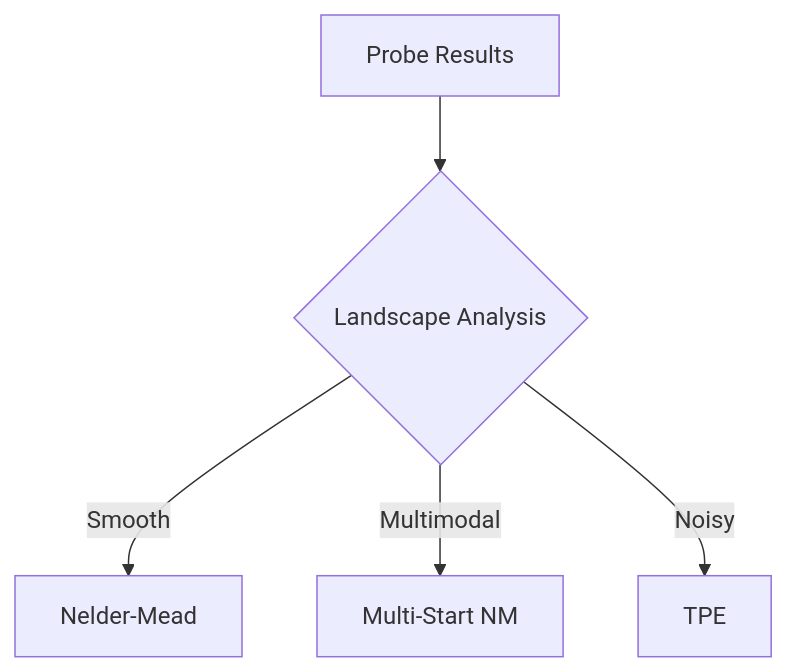
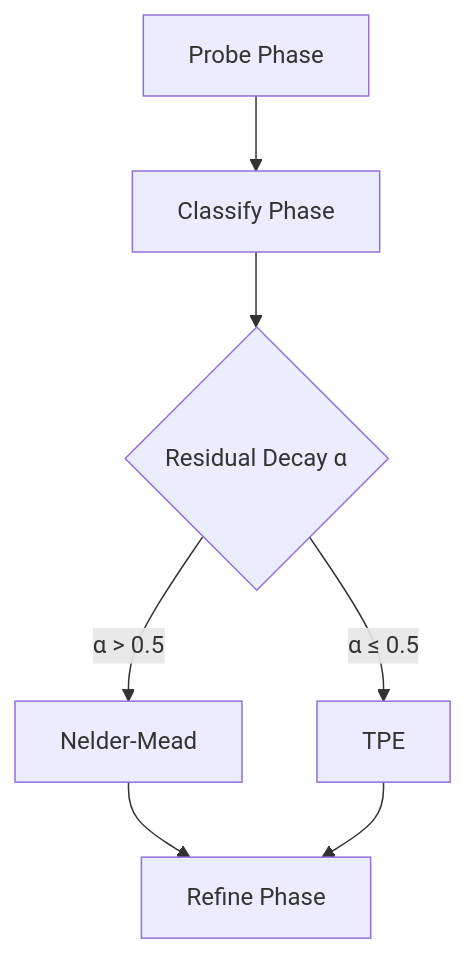
One commit to novelbytelabs/ArqonHPO changed the diagram in docs/docs/documentation/concepts/strategies.md. Above: the diagram before and after it, drawn with Mermaid. The commit also changed other lines of this file and 207 other files, not shown here.

````diff
--- a/docs/docs/documentation/concepts/strategies.md
+++ b/docs/docs/documentation/concepts/strategies.md
@@ -117,7 +117,10 @@
 ```mermaid
 graph TD
-    A[Probe Results] --> B{Landscape Analysis}
-    B -->|Smooth| C[Nelder-Mead]
-    B -->|Multimodal| D[Multi-Start NM]
-    B -->|Noisy| E[TPE]
+    A[Probe Phase] --> B[Classify Phase]
+    B --> C{Residual Decay α}
+    C -->|α > 0.5| D[Nelder-Mead]
+    C -->|α ≤ 0.5| E[TPE]
+
+    D --> F[Refine Phase]
+    E --> F
 ```
````
